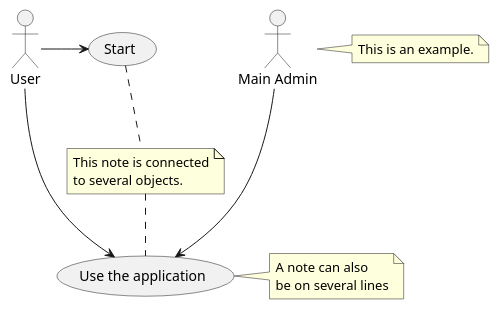
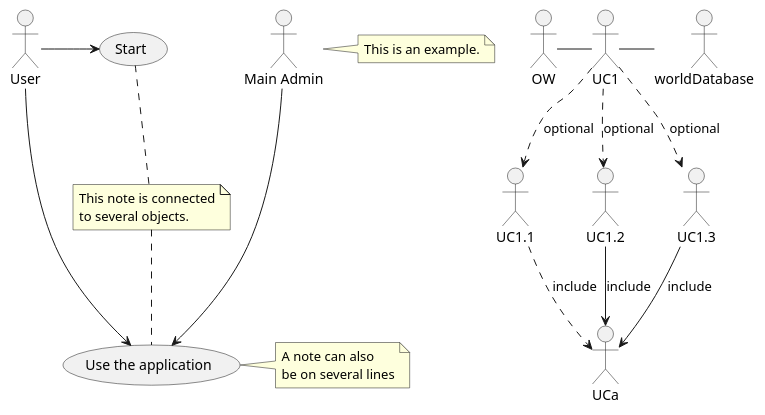
Before and after one commit to careykva/Group_4: the diagram in population_use_case/cities by population.puml, drawn with PlantUML. The commit also changed 1 other file, not shown here.

```diff
--- a/population_use_case/cities by population.puml
+++ b/population_use_case/cities by population.puml
@@ -1,22 +1,30 @@
 @startuml
 'https://plantuml.com/use-case-diagram
 
 :Main Admin: as Admin
 (Use the application) as (Use)
 
 User -> (Start)
 User --> (Use)
 
 Admin ---> (Use)
 
 note right of Admin : This is an example.
 
 note right of (Use)
 A note can also
 be on several lines
 end note
 
 note "This note is connected\nto several objects." as N2
 (Start) .. N2
 N2 .. (Use)
+OW - UC1
+UC1 ..> UC1.1 : optional
+    UC1.1 ..>UCa : include
+UC1 ..> UC1.2 : optional
+    UC1.2 --> UCa : include
+UC1 ..> UC1.3 : optional
+    UC1.3 --> UCa : include
+UC1 - worldDatabase
 @enduml
```
